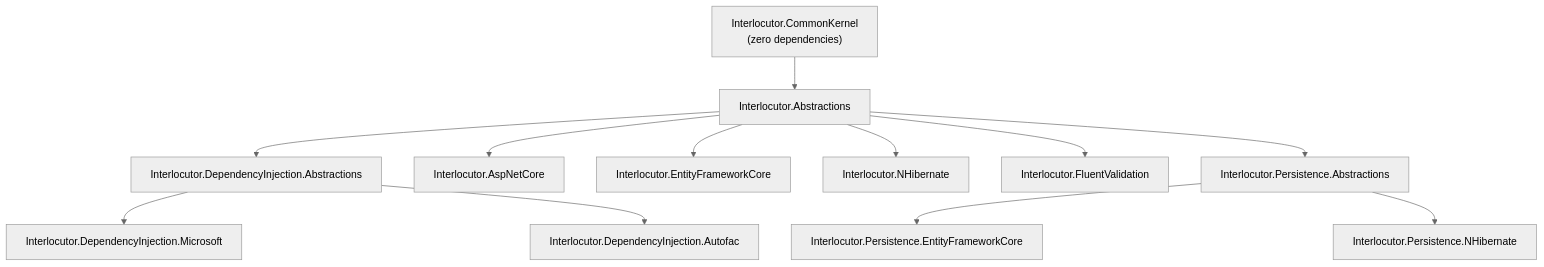
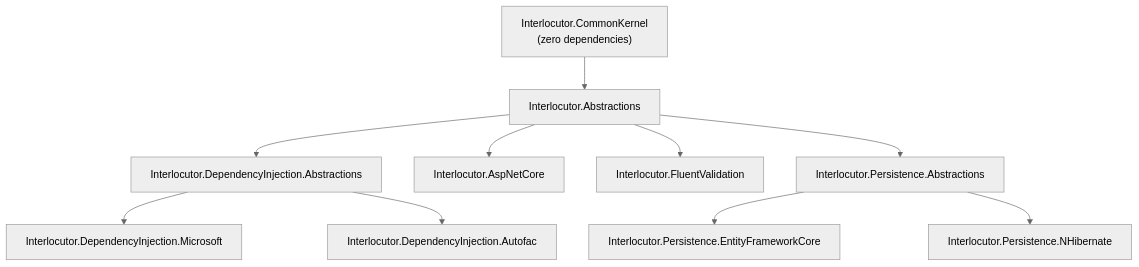
The diagram in README.md (rheone/interlocutor), drawn with Mermaid (neutral theme) before and after one commit. The commit also changed other lines of this file and 89 other files, not shown here.

````diff
--- a/README.md
+++ b/README.md
@@ -103,14 +101,12 @@
 ```mermaid
 flowchart TD
     CommonKernel["Interlocutor.CommonKernel<br/>(zero dependencies)"] --> Abstractions["Interlocutor.Abstractions"]
     Abstractions --> DIAbstractions["Interlocutor.DependencyInjection.Abstractions"]
     DIAbstractions --> DIMicrosoft["Interlocutor.DependencyInjection.Microsoft"]
     DIAbstractions --> DIAutofac["Interlocutor.DependencyInjection.Autofac"]
     Abstractions --> AspNetCore["Interlocutor.AspNetCore"]
-    Abstractions --> EFCore["Interlocutor.EntityFrameworkCore"]
-    Abstractions --> NHibernate["Interlocutor.NHibernate"]
     Abstractions --> FluentValidation["Interlocutor.FluentValidation"]
     Abstractions --> PersistenceAbstractions["Interlocutor.Persistence.Abstractions"]
     PersistenceAbstractions --> PersistenceEFCore["Interlocutor.Persistence.EntityFrameworkCore"]
     PersistenceAbstractions --> PersistenceNHibernate["Interlocutor.Persistence.NHibernate"]
 ```
````
